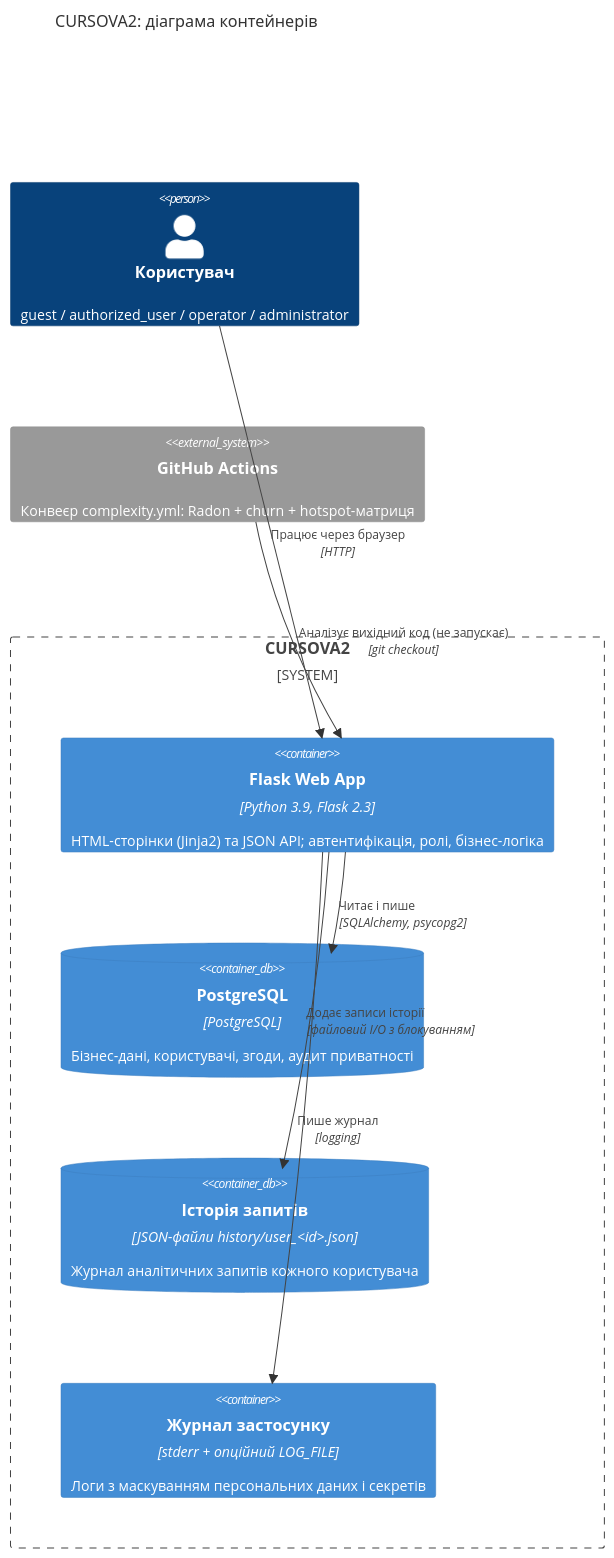
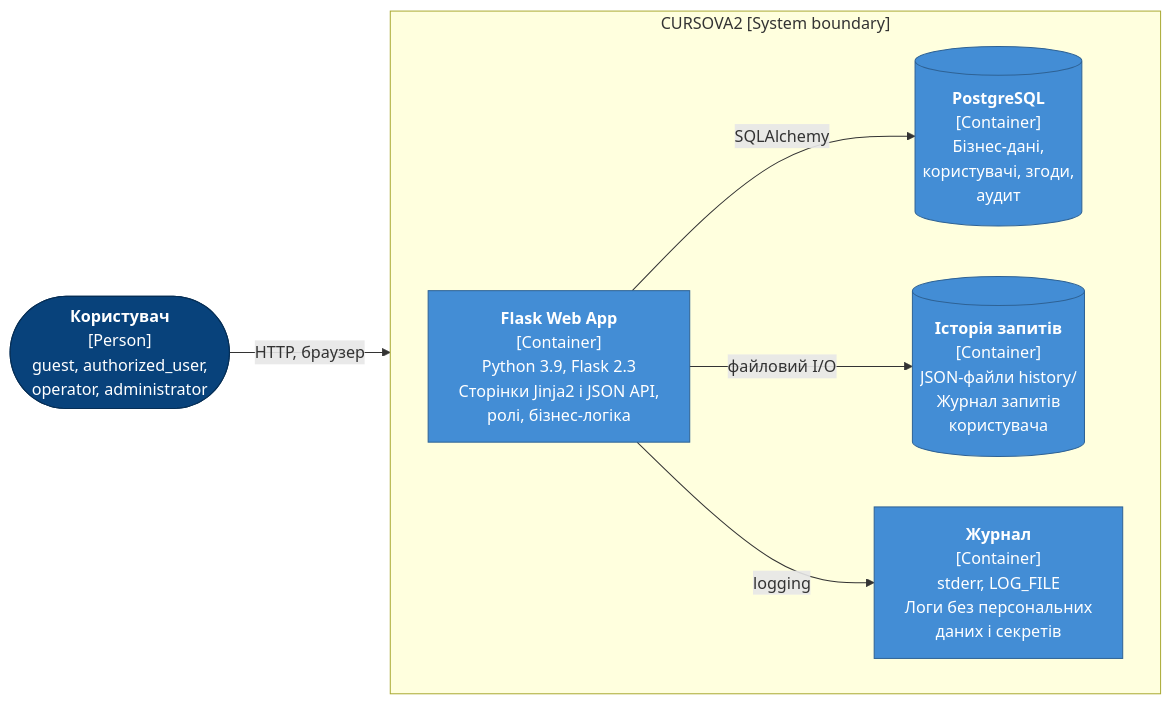
The first of 3 diagrams in docs/sdd.md (mariia-hutsuliak-labs/CURSOVA2), drawn with Mermaid before and after one commit. The commit also changed other lines of this file, not shown here.

Commit message:
docs(architecture): redraw SDD diagrams for readable layout
The native C4Container syntax stacked containers and overlapped relation labels,
and long node labels were clipped. C4 diagram redrawn as a Mermaid flowchart in C4
notation; node labels in the component diagram shortened.

````diff
--- a/docs/sdd.md
+++ b/docs/sdd.md
@@ -15,21 +15,22 @@
 ```mermaid
-C4Container
-    title CURSOVA2: діаграма контейнерів
+flowchart LR
+    user(["<b>Користувач</b><br/>[Person]<br/>guest, authorized_user,<br/>operator, administrator"])
 
-    Person(user, "Користувач", "guest / authorized_user / operator / administrator")
+    subgraph sys["CURSOVA2 [System boundary]"]
+        direction LR
+        web["<b>Flask Web App</b><br/>[Container]<br/>Python 3.9, Flask 2.3<br/>Сторінки Jinja2 і JSON API,<br/>ролі, бізнес-логіка"]
+        db[("<b>PostgreSQL</b><br/>[Container]<br/>Бізнес-дані,<br/>користувачі, згоди,<br/>аудит")]
+        hist[("<b>Історія запитів</b><br/>[Container]<br/>JSON-файли history/<br/>Журнал запитів<br/>користувача")]
+        logs["<b>Журнал</b><br/>[Container]<br/>stderr, LOG_FILE<br/>Логи без персональних<br/>даних і секретів"]
+    end
 
-    System_Boundary(sys, "CURSOVA2") {
-        Container(web, "Flask Web App", "Python 3.9, Flask 2.3", "HTML-сторінки (Jinja2) та JSON API; автентифікація, ролі, бізнес-логіка")
-        ContainerDb(db, "PostgreSQL", "PostgreSQL", "Бізнес-дані, користувачі, згоди, аудит приватності")
-        ContainerDb(hist, "Історія запитів", "JSON-файли history/user_<id>.json", "Журнал аналітичних запитів кожного користувача")
-        Container(logs, "Журнал застосунку", "stderr + опційний LOG_FILE", "Логи з маскуванням персональних даних і секретів")
-    }
+    user -- "HTTP, браузер" --> web
+    web -- "SQLAlchemy" --> db
+    web -- "файловий I/O" --> hist
+    web -- "logging" --> logs
 
-    System_Ext(ci, "GitHub Actions", "Конвеєр complexity.yml: Radon + churn + hotspot-матриця")
-
-    Rel(user, web, "Працює через браузер", "HTTP")
-    Rel(web, db, "Читає і пише", "SQLAlchemy, psycopg2")
-    Rel(web, hist, "Додає записи історії", "файловий I/O з блокуванням")
-    Rel(web, logs, "Пише журнал", "logging")
-    Rel(ci, web, "Аналізує вихідний код (не запускає)", "git checkout")
+    classDef person fill:#08427b,stroke:#052e56,color:#fff
+    classDef container fill:#438dd5,stroke:#2e6295,color:#fff
+    class user person
+    class web,db,hist,logs container
 ```
````
